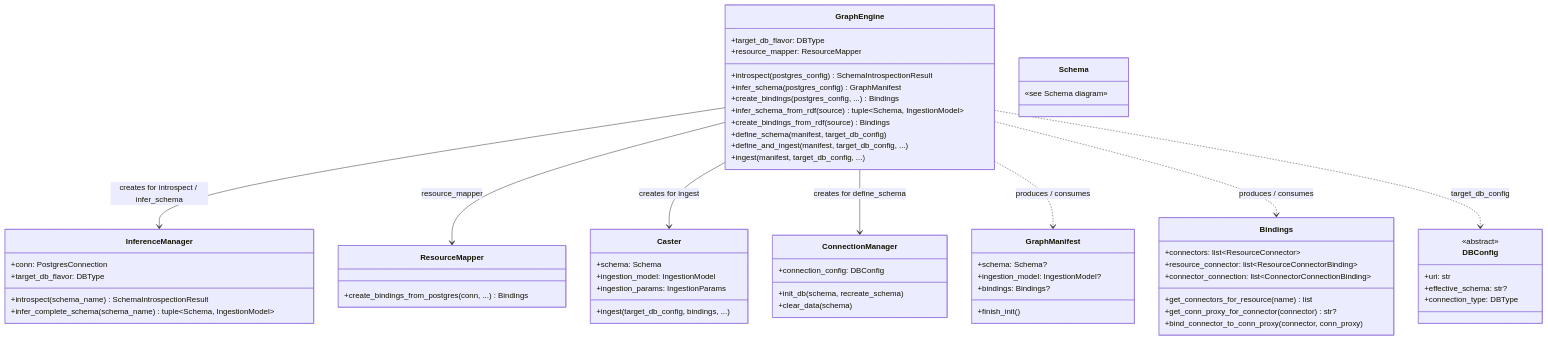
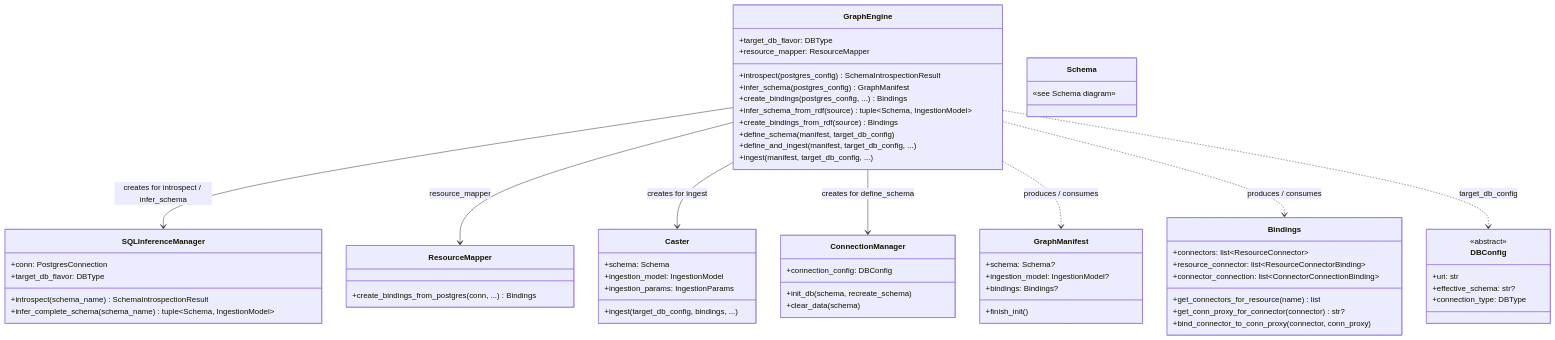
The third of 8 diagrams in docs/concepts/index.md (growgraph/graflo), drawn with Mermaid before and after one commit. The commit also changed other lines of this file and 76 other files, not shown here.

````diff
--- a/docs/concepts/index.md
+++ b/docs/concepts/index.md
@@ -124,76 +124,76 @@
 ```mermaid
 classDiagram
     direction TB
 
     class GraphEngine {
         +target_db_flavor: DBType
         +resource_mapper: ResourceMapper
         +introspect(postgres_config) SchemaIntrospectionResult
         +infer_schema(postgres_config) GraphManifest
         +create_bindings(postgres_config, ...) Bindings
         +infer_schema_from_rdf(source) tuple~Schema, IngestionModel~
         +create_bindings_from_rdf(source) Bindings
         +define_schema(manifest, target_db_config)
         +define_and_ingest(manifest, target_db_config, ...)
         +ingest(manifest, target_db_config, ...)
     }
 
-    class InferenceManager {
+    class SQLInferenceManager {
         +conn: PostgresConnection
         +target_db_flavor: DBType
         +introspect(schema_name) SchemaIntrospectionResult
         +infer_complete_schema(schema_name) tuple~Schema, IngestionModel~
     }
 
     class ResourceMapper {
         +create_bindings_from_postgres(conn, ...) Bindings
     }
 
     class Caster {
         +schema: Schema
         +ingestion_model: IngestionModel
         +ingestion_params: IngestionParams
         +ingest(target_db_config, bindings, ...)
     }
 
     class ConnectionManager {
         +connection_config: DBConfig
         +init_db(schema, recreate_schema)
         +clear_data(schema)
     }
 
     class Schema {
         «see Schema diagram»
     }
 
     class GraphManifest {
         +schema: Schema?
         +ingestion_model: IngestionModel?
         +bindings: Bindings?
         +finish_init()
     }
 
     class Bindings {
         +connectors: list~ResourceConnector~
         +resource_connector: list~ResourceConnectorBinding~
         +connector_connection: list~ConnectorConnectionBinding~
         +get_connectors_for_resource(name) list
         +get_conn_proxy_for_connector(connector) str?
         +bind_connector_to_conn_proxy(connector, conn_proxy)
     }
 
     class DBConfig {
         <<abstract>>
         +uri: str
         +effective_schema: str?
         +connection_type: DBType
     }
 
-    GraphEngine --> InferenceManager : creates for introspect / infer_schema
+    GraphEngine --> SQLInferenceManager : creates for introspect / infer_schema
     GraphEngine --> ResourceMapper : resource_mapper
     GraphEngine --> Caster : creates for ingest
     GraphEngine --> ConnectionManager : creates for define_schema
     GraphEngine ..> GraphManifest : produces / consumes
     GraphEngine ..> Bindings : produces / consumes
     GraphEngine ..> DBConfig : target_db_config
 ```
````
